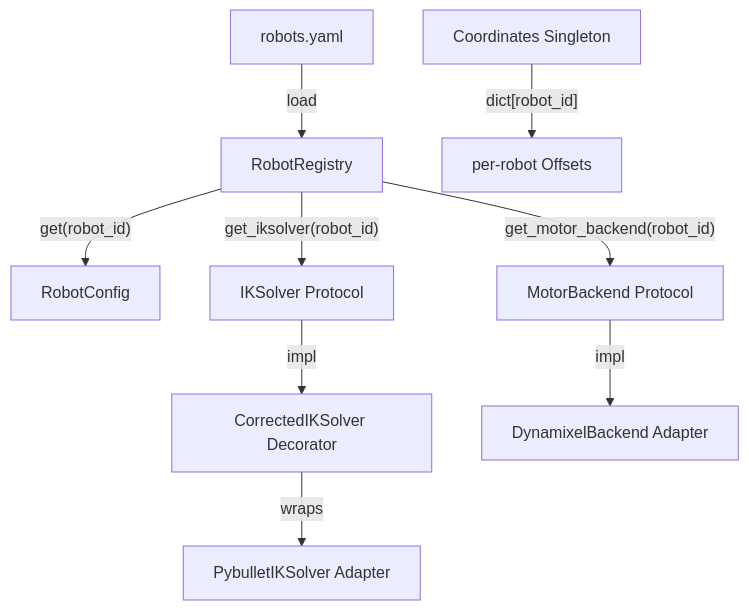
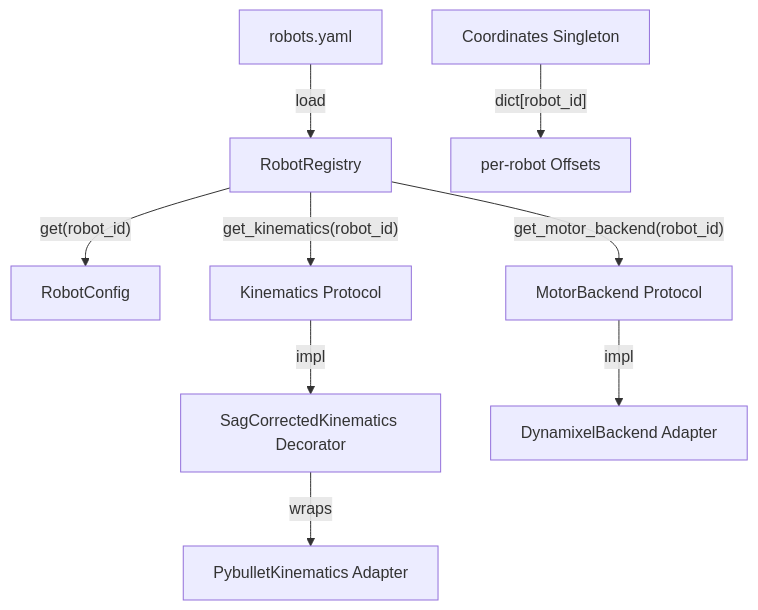
Before and after one commit to zzingobomi/horibot: the first of 10 diagrams in docs/multi_robot_walkthrough.md, drawn with Mermaid. The commit also changed other lines of this file and 36 other files, not shown here.

Commit message:
feat: iksolver -> kinematics 로 네이밍 변경

````diff
--- a/docs/multi_robot_walkthrough.md
+++ b/docs/multi_robot_walkthrough.md
@@ -83,11 +83,11 @@
 ```mermaid
 graph TB
     A[robots.yaml] -->|load| B[RobotRegistry]
     B -->|"get(robot_id)"| C[RobotConfig]
-    B -->|"get_iksolver(robot_id)"| D[IKSolver Protocol]
+    B -->|"get_kinematics(robot_id)"| D[Kinematics Protocol]
     B -->|"get_motor_backend(robot_id)"| E[MotorBackend Protocol]
-    D -->|impl| F[CorrectedIKSolver Decorator]
-    F -->|wraps| G[PybulletIKSolver Adapter]
+    D -->|impl| F[SagCorrectedKinematics Decorator]
+    F -->|wraps| G[PybulletKinematics Adapter]
     E -->|impl| H[DynamixelBackend Adapter]
     I[Coordinates Singleton] -->|"dict[robot_id]"| J[per-robot Offsets]
 ```
````
